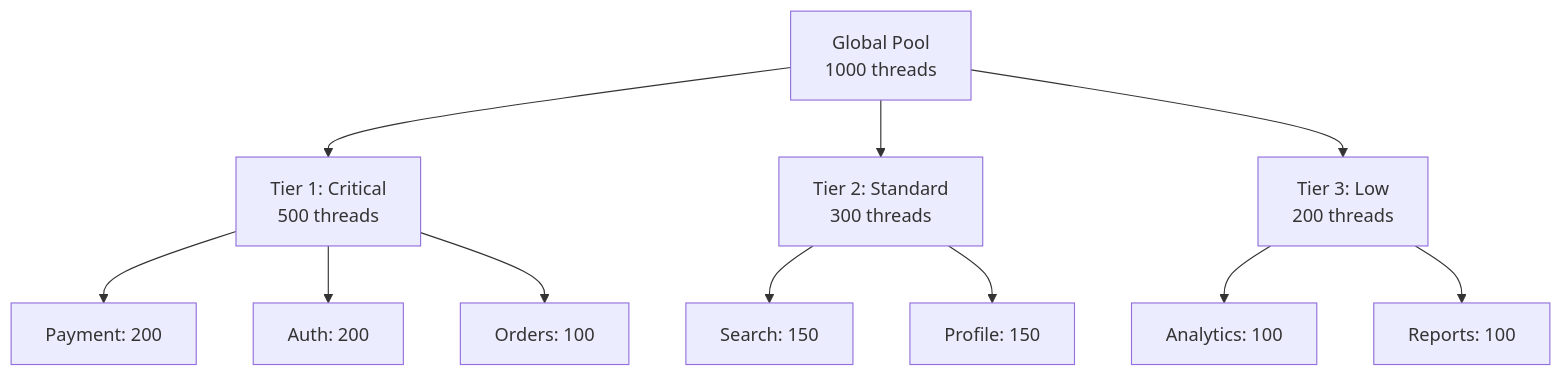
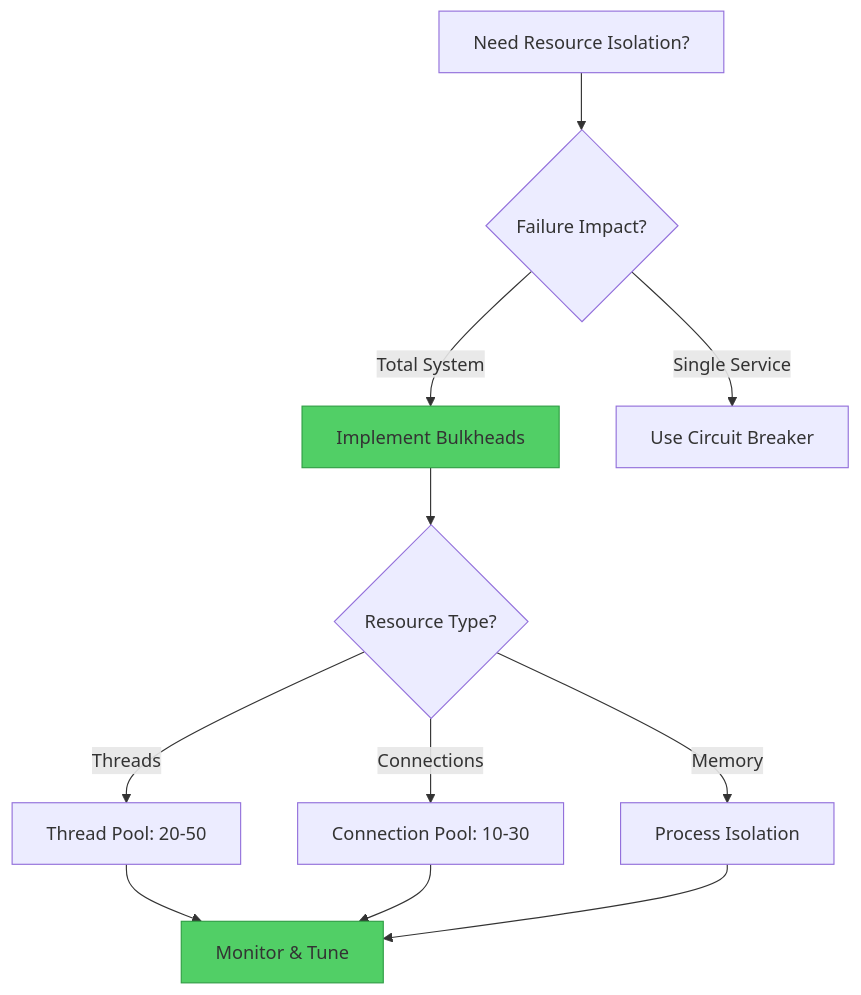
One commit to deepaucksharma/DStudio changed the sixth of 6 diagrams in docs/pattern-library/resilience/bulkhead.md. Above: the diagram before and after it, drawn with Mermaid. The commit also changed other lines of this file and 119 other files, not shown here.

````diff
--- a/docs/pattern-library/resilience/bulkhead.md
+++ b/docs/pattern-library/resilience/bulkhead.md
@@ -225,16 +289,18 @@
 ```mermaid
 graph TD
-    A[Global Pool<br/>1000 threads] --> B[Tier 1: Critical<br/>500 threads]
-    A --> C[Tier 2: Standard<br/>300 threads]
-    A --> D[Tier 3: Low<br/>200 threads]
+    A[Need Resource Isolation?] --> B{Failure Impact?}
+    B -->|Total System| C[Implement Bulkheads]
+    B -->|Single Service| D[Use Circuit Breaker]
     
-    B --> E[Payment: 200]
-    B --> F[Auth: 200]
-    B --> G[Orders: 100]
+    C --> E{Resource Type?}
+    E -->|Threads| F[Thread Pool: 20-50]
+    E -->|Connections| G[Connection Pool: 10-30]
+    E -->|Memory| H[Process Isolation]
     
-    C --> H[Search: 150]
-    C --> I[Profile: 150]
+    F --> I[Monitor & Tune]
+    G --> I
+    H --> I
     
-    D --> J[Analytics: 100]
-    D --> K[Reports: 100]
+    classDef recommended fill:#51cf66,stroke:#2f9e44
+    class C,I recommended
 ```
````
